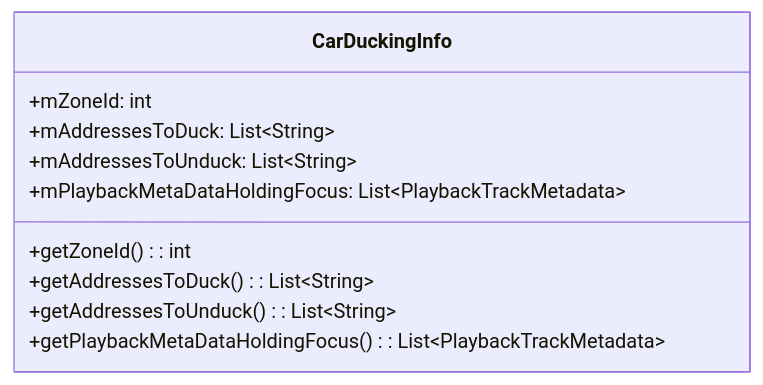
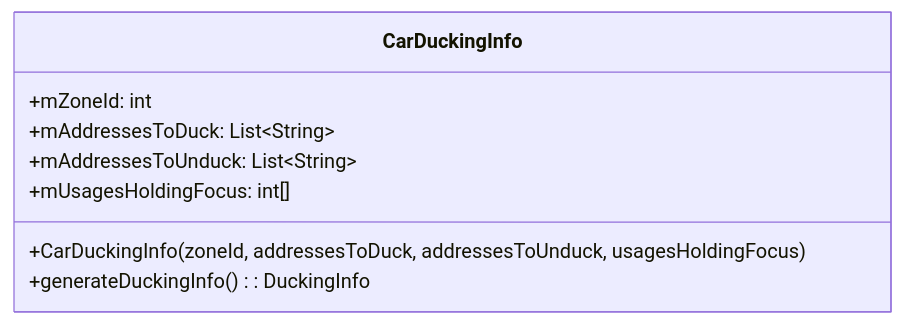
Before and after one commit to yanglinzhen1022/SA8295_AAOS_QNX_Audio_KnowledgeBase: the fourth of 5 diagrams in 10_AudioControl_HAL/10_10.4_Ducking机制.md, drawn with Mermaid. The commit also changed other lines of this file and 16 other files, not shown here.

````diff
--- a/10_AudioControl_HAL/10_10.4_Ducking机制.md
+++ b/10_AudioControl_HAL/10_10.4_Ducking机制.md
@@ -92,13 +107,11 @@
 ```mermaid
 classDiagram
     class CarDuckingInfo {
         +mZoneId: int
         +mAddressesToDuck: List~String~
         +mAddressesToUnduck: List~String~
-        +mPlaybackMetaDataHoldingFocus: List~PlaybackTrackMetadata~
-        +getZoneId(): int
-        +getAddressesToDuck(): List~String~
-        +getAddressesToUnduck(): List~String~
-        +getPlaybackMetaDataHoldingFocus(): List~PlaybackTrackMetadata~
+        +mUsagesHoldingFocus: int[]
+        +CarDuckingInfo(zoneId, addressesToDuck, addressesToUnduck, usagesHoldingFocus)
+        +generateDuckingInfo(): DuckingInfo
     }
 ```
````
